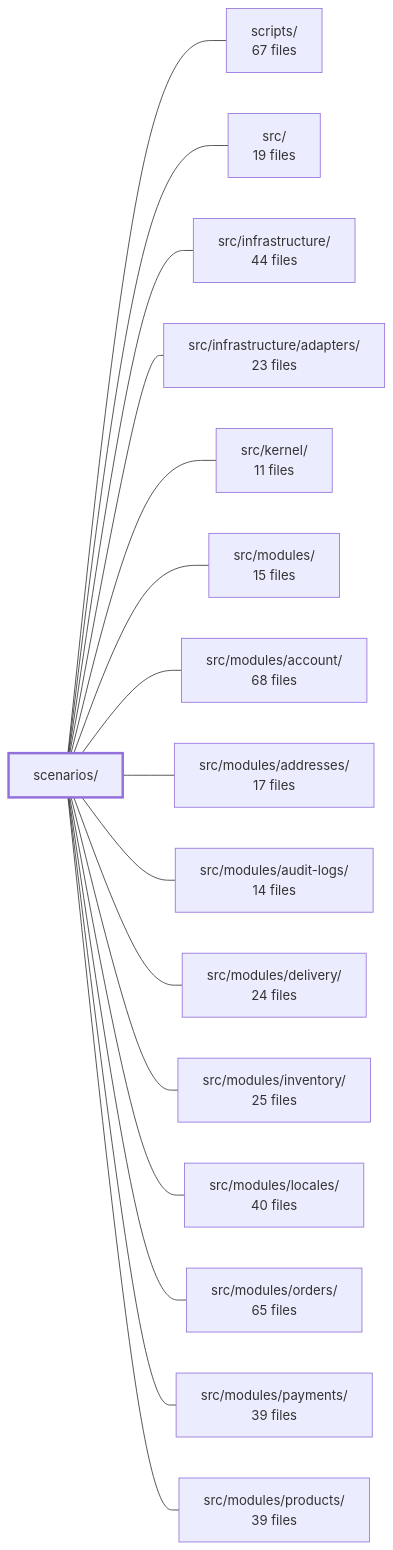
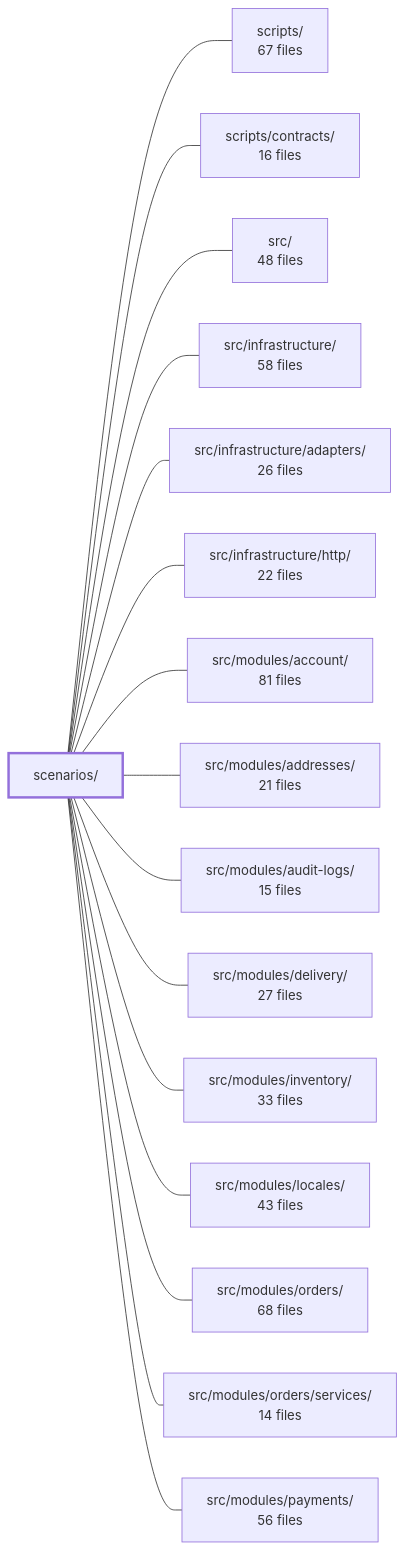
Before and after one commit to Guebbit/boilerplate-node-backend: the diagram in .2brain/modules/boilerplate-node-backend_scenarios.md, drawn with Mermaid. The commit also changed other lines of this file and 187 other files, not shown here.

````diff
--- a/.2brain/modules/boilerplate-node-backend_scenarios.md
+++ b/.2brain/modules/boilerplate-node-backend_scenarios.md
@@ -40,35 +41,35 @@
 ```mermaid
 flowchart LR
     m_scenarios["scenarios/"]
     m_scripts["scripts/<br/>67 files"]
-    m_src["src/<br/>19 files"]
-    m_src_infrastructure["src/infrastructure/<br/>44 files"]
-    m_src_infrastructure_adapters["src/infrastructure/adapters/<br/>23 files"]
-    m_src_kernel["src/kernel/<br/>11 files"]
-    m_src_modules["src/modules/<br/>15 files"]
-    m_src_modules_account["src/modules/account/<br/>68 files"]
-    m_src_modules_addresses["src/modules/addresses/<br/>17 files"]
-    m_src_modules_audit_logs["src/modules/audit-logs/<br/>14 files"]
-    m_src_modules_delivery["src/modules/delivery/<br/>24 files"]
-    m_src_modules_inventory["src/modules/inventory/<br/>25 files"]
-    m_src_modules_locales["src/modules/locales/<br/>40 files"]
-    m_src_modules_orders["src/modules/orders/<br/>65 files"]
-    m_src_modules_payments["src/modules/payments/<br/>39 files"]
-    m_src_modules_products["src/modules/products/<br/>39 files"]
+    m_scripts_contracts["scripts/contracts/<br/>16 files"]
+    m_src["src/<br/>48 files"]
+    m_src_infrastructure["src/infrastructure/<br/>58 files"]
+    m_src_infrastructure_adapters["src/infrastructure/adapters/<br/>26 files"]
+    m_src_infrastructure_http["src/infrastructure/http/<br/>22 files"]
+    m_src_modules_account["src/modules/account/<br/>81 files"]
+    m_src_modules_addresses["src/modules/addresses/<br/>21 files"]
+    m_src_modules_audit_logs["src/modules/audit-logs/<br/>15 files"]
+    m_src_modules_delivery["src/modules/delivery/<br/>27 files"]
+    m_src_modules_inventory["src/modules/inventory/<br/>33 files"]
+    m_src_modules_locales["src/modules/locales/<br/>43 files"]
+    m_src_modules_orders["src/modules/orders/<br/>68 files"]
+    m_src_modules_orders_services["src/modules/orders/services/<br/>14 files"]
+    m_src_modules_payments["src/modules/payments/<br/>56 files"]
     m_scenarios --- m_scripts
+    m_scenarios --- m_scripts_contracts
     m_scenarios --- m_src
     m_scenarios --- m_src_infrastructure
     m_scenarios --- m_src_infrastructure_adapters
-    m_scenarios --- m_src_kernel
-    m_scenarios --- m_src_modules
+    m_scenarios --- m_src_infrastructure_http
     m_scenarios --- m_src_modules_account
     m_scenarios --- m_src_modules_addresses
     m_scenarios --- m_src_modules_audit_logs
     m_scenarios --- m_src_modules_delivery
     m_scenarios --- m_src_modules_inventory
     m_scenarios --- m_src_modules_locales
     m_scenarios --- m_src_modules_orders
+    m_scenarios --- m_src_modules_orders_services
     m_scenarios --- m_src_modules_payments
-    m_scenarios --- m_src_modules_products
     style m_scenarios stroke-width:3px
 ```
````
